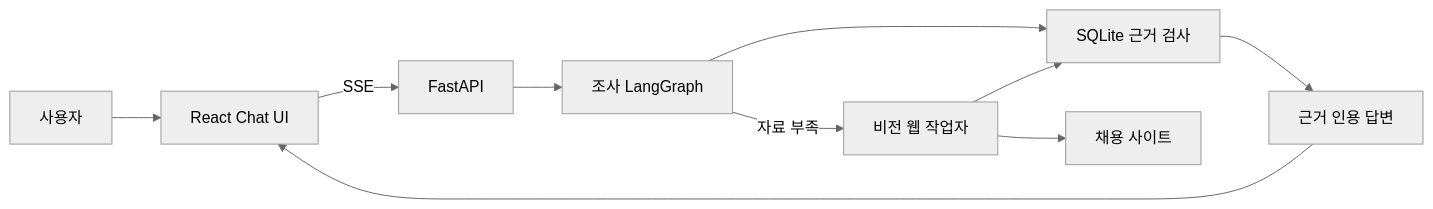
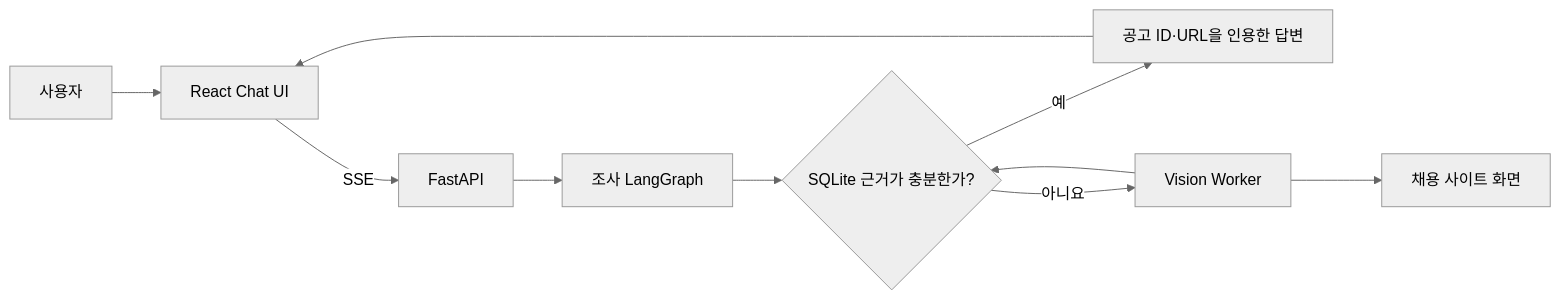
The diagram in docs/product_demo.md (Dreamtreeme/L2C), drawn with Mermaid (neutral theme) before and after one commit. The commit also changed other lines of this file and 15 other files, not shown here.

````diff
--- a/docs/product_demo.md
+++ b/docs/product_demo.md
@@ -22,12 +26,12 @@
 ```mermaid
 flowchart LR
     U["사용자"] --> UI["React Chat UI"]
     UI -->|SSE| API["FastAPI"]
     API --> ORCH["조사 LangGraph"]
-    ORCH --> DB["SQLite 근거 검사"]
-    ORCH -->|자료 부족| WORKER["비전 웹 작업자"]
-    WORKER --> WEB["채용 사이트"]
+    ORCH --> DB{"SQLite 근거가 충분한가?"}
+    DB -->|"예"| ANSWER["공고 ID·URL을 인용한 답변"]
+    DB -->|"아니요"| WORKER["Vision Worker"]
+    WORKER --> WEB["채용 사이트 화면"]
     WORKER --> DB
-    DB --> ANSWER["근거 인용 답변"]
     ANSWER --> UI
 ```
````
